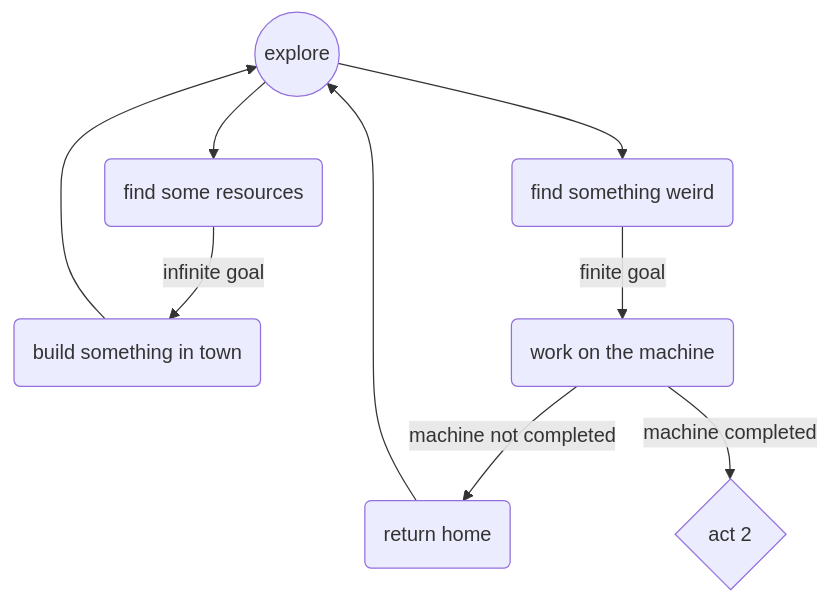
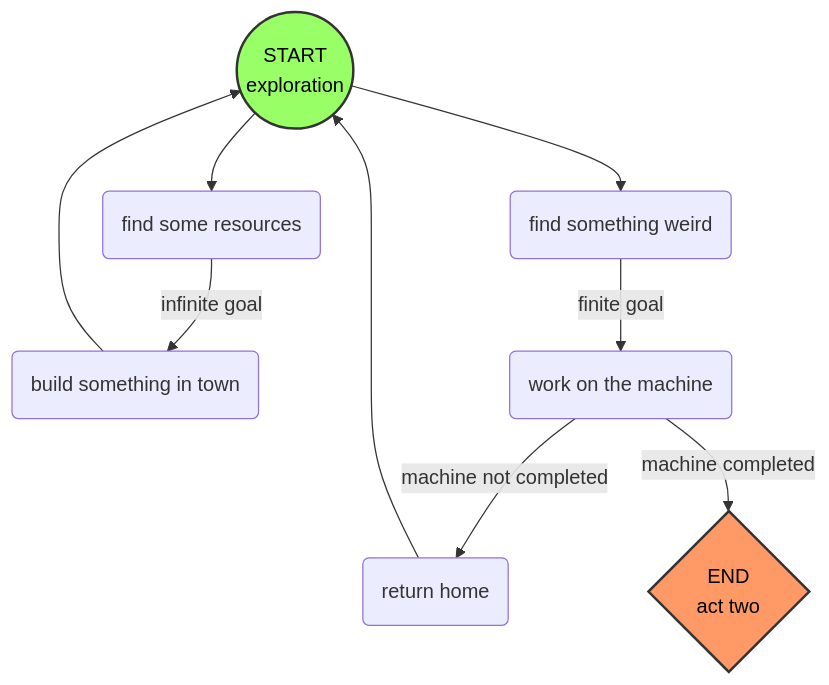
One commit to colinabarry/game480-obsidian changed the diagram in 1. Ideas/Machination/Colin's Vision.md. Above: the diagram before and after it, drawn with Mermaid. The commit also changed other lines of this file, not shown here.

Commit message:
vault backup: 2023-08-30 13:31:21

````diff
--- a/1. Ideas/Machination/Colin's Vision.md
+++ b/1. Ideas/Machination/Colin's Vision.md
@@ -46,11 +46,17 @@
 ```mermaid
 graph TD
-    A((explore)) --> B(find some resources)
+    A((START<br/>exploration)) --> B(find some resources)
     A --> C(find something weird)
     B -- infinite goal --> D(build something in town)
     C -- finite goal --> E(work on the machine)
     E -- machine not completed --> F(return home)
-    E -- machine completed --> G{act 2}
+    E -- machine completed --> G{END<br/>act two}
     D --> A
     F --> A
+
+classDef green fill:#9f6,stroke:#333,stroke-width:2px,color:#000
+classDef orange fill:#f96,stroke:#333,stroke-width:2px,color:#000
+
+class A green
+class G orange
 ```
````
